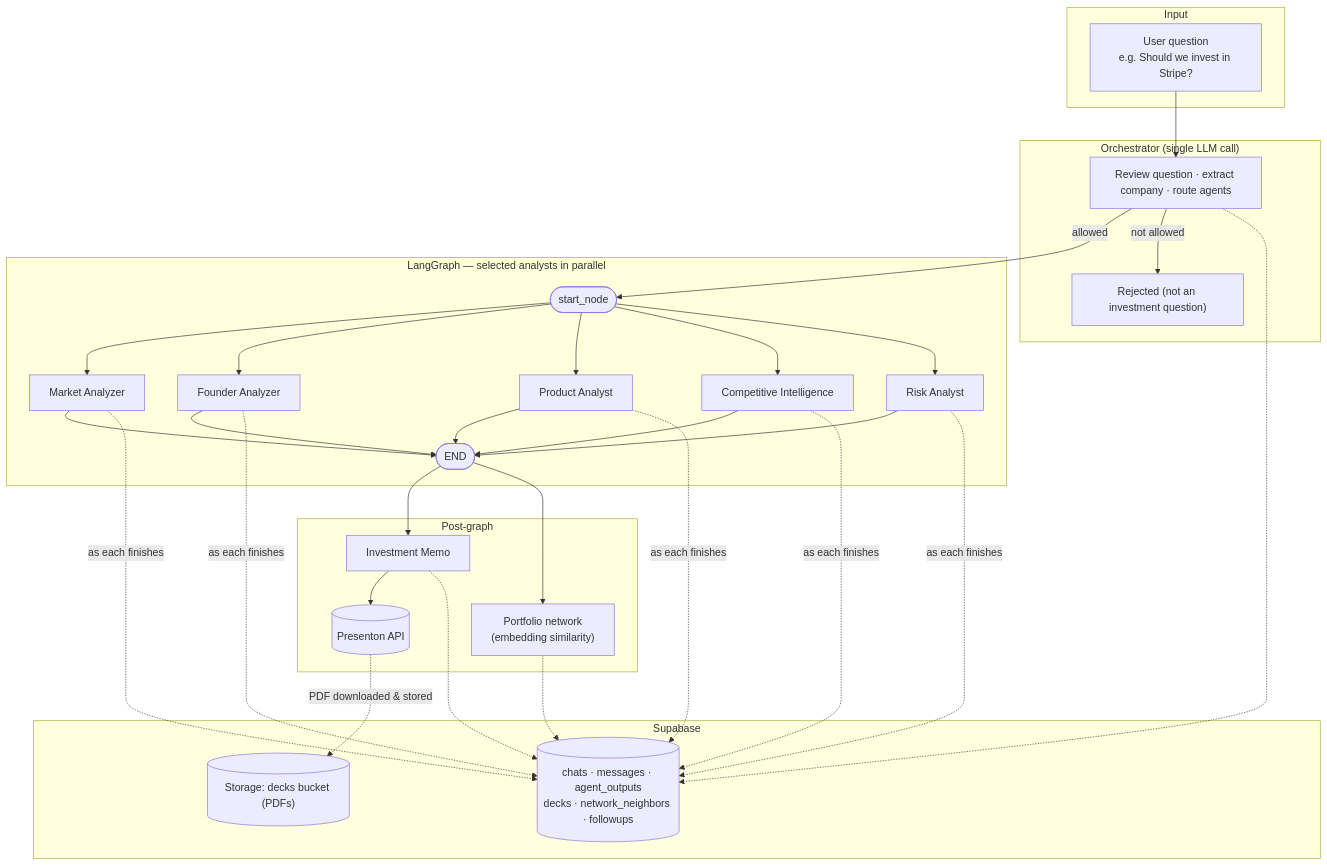
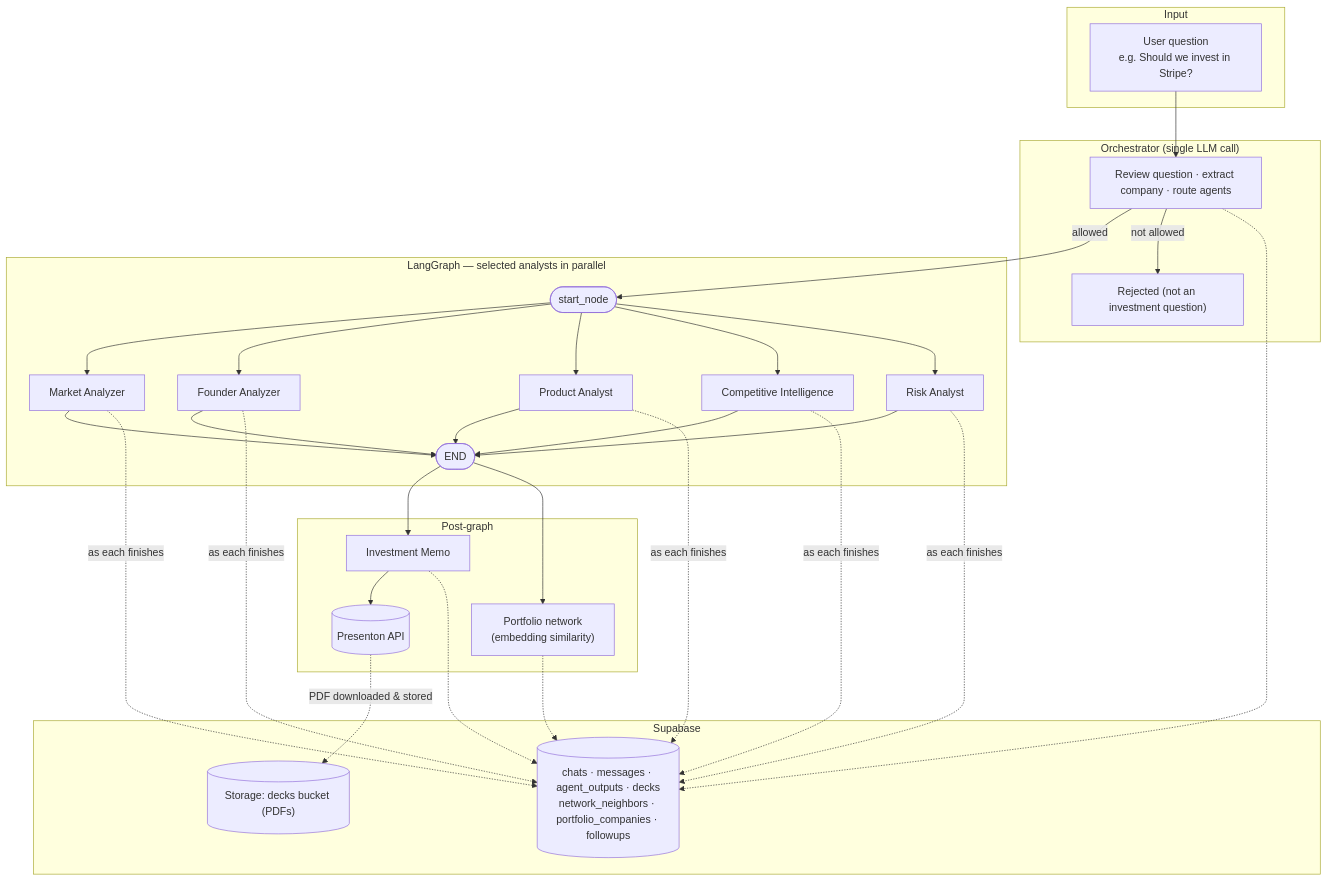
One commit to NevinTroy/ai-investment-team changed the diagram in README.md. Above: the diagram before and after it, drawn with Mermaid. The commit also changed other lines of this file, not shown here.

````diff
--- a/README.md
+++ b/README.md
@@ -27,47 +38,47 @@
 ```mermaid
 flowchart TB
     subgraph input["Input"]
         Q["User question<br/>e.g. Should we invest in Stripe?"]
     end
 
     subgraph orch["Orchestrator (single LLM call)"]
         O["Review question · extract company · route agents"]
         REJ["Rejected (not an investment question)"]
     end
 
     subgraph langgraph["LangGraph — selected analysts in parallel"]
         START([start_node])
         MA[Market Analyzer]
         FA[Founder Analyzer]
         PA[Product Analyst]
         CI[Competitive Intelligence]
         RA[Risk Analyst]
         END_NODE([END])
     end
 
     subgraph postgraph["Post-graph"]
         IM[Investment Memo]
         PRESENTON[(Presenton API)]
         NET["Portfolio network<br/>(embedding similarity)"]
     end
 
     subgraph persist["Supabase"]
-        DB[("chats · messages · agent_outputs<br/>decks · network_neighbors · followups")]
+        DB[("chats · messages · agent_outputs · decks<br/>network_neighbors · portfolio_companies · followups")]
         STORE[("Storage: decks bucket (PDFs)")]
     end
 
     Q --> O
     O -->|allowed| START
     O -->|not allowed| REJ
     START --> MA & FA & PA & CI & RA
     MA & FA & PA & CI & RA --> END_NODE
     END_NODE --> IM
     IM --> PRESENTON
     END_NODE --> NET
 
     O -.-> DB
     MA & FA & PA & CI & RA -.->|as each finishes| DB
     IM -.-> DB
     NET -.-> DB
     PRESENTON -.->|PDF downloaded & stored| STORE
 ```
````
